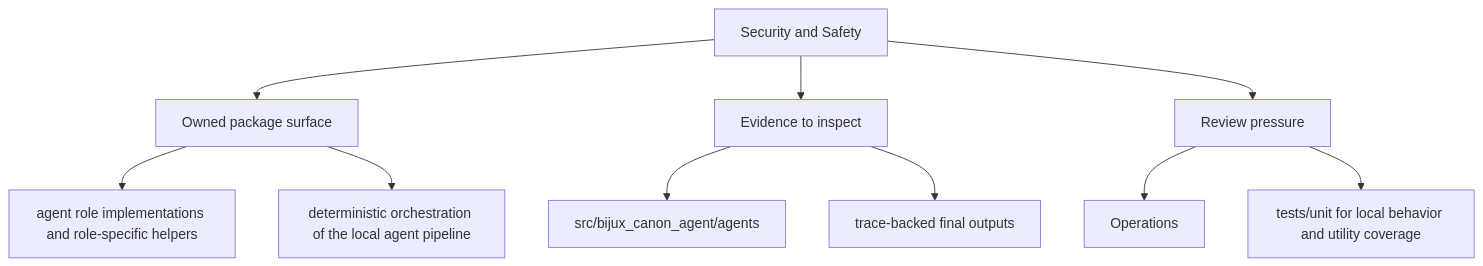
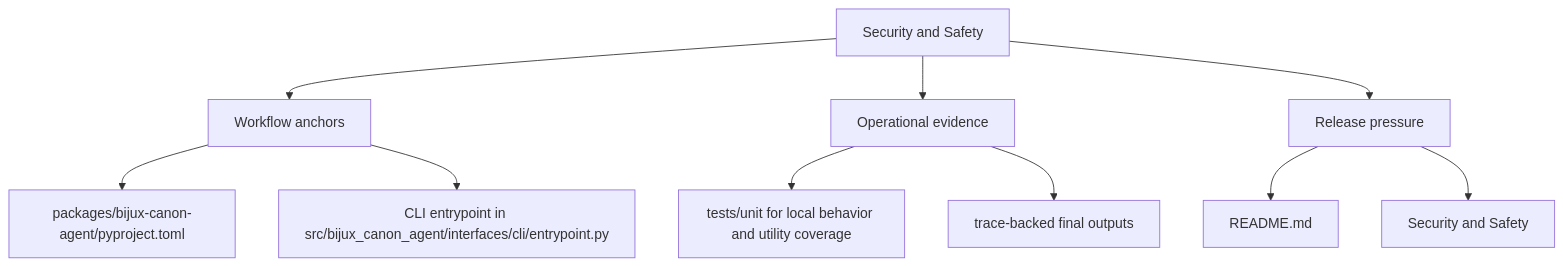
The second of 2 diagrams in docs/bijux-canon-agent/operations/security-and-safety.md (bijux/bijux-canon), drawn with Mermaid before and after one commit. The commit also changed other lines of this file and 250 other files, not shown here.

Commit message:
docs(diagrams): make product page maps more readable

````diff
--- a/docs/bijux-canon-agent/operations/security-and-safety.md
+++ b/docs/bijux-canon-agent/operations/security-and-safety.md
@@ -34,22 +34,22 @@
 ```mermaid
 flowchart TD
     page["Security and Safety"]
-    focus1["Owned package surface"]
+    focus1["Workflow anchors"]
     page --> focus1
-    focus1_1["agent role implementations and role-specific helpers"]
+    focus1_1["packages/bijux-canon-agent/pyproject.toml"]
     focus1 --> focus1_1
-    focus1_2["deterministic orchestration of the local agent pipeline"]
+    focus1_2["CLI entrypoint in src/bijux_canon_agent/interfaces/cli/entrypoint.py"]
     focus1 --> focus1_2
-    focus2["Evidence to inspect"]
+    focus2["Operational evidence"]
     page --> focus2
-    focus2_1["src/bijux_canon_agent/agents"]
+    focus2_1["tests/unit for local behavior and utility coverage"]
     focus2 --> focus2_1
     focus2_2["trace-backed final outputs"]
     focus2 --> focus2_2
-    focus3["Review pressure"]
+    focus3["Release pressure"]
     page --> focus3
-    focus3_1["Operations"]
+    focus3_1["README.md"]
     focus3 --> focus3_1
-    focus3_2["tests/unit for local behavior and utility coverage"]
+    focus3_2["Security and Safety"]
     focus3 --> focus3_2
 ```
````
